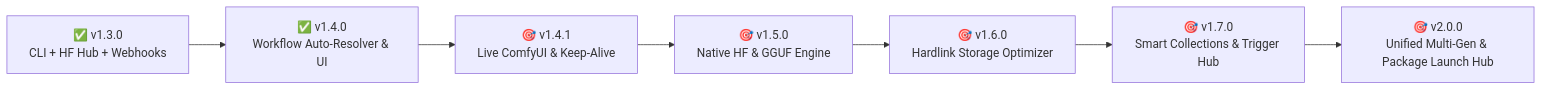
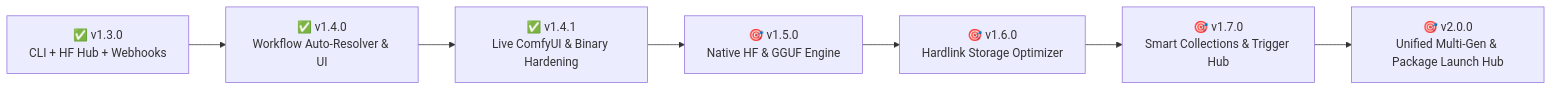
One commit to DevNullInc/Civitai-manager-ComfyUI changed the diagram in ROADMAP.md. Above: the diagram before and after it, drawn with Mermaid. The commit also changed other lines of this file and 16 other files, not shown here.

````diff
--- a/ROADMAP.md
+++ b/ROADMAP.md
@@ -9,9 +9,9 @@
 ```mermaid
 graph LR
     v13["✅ v1.3.0<br/>CLI + HF Hub + Webhooks"] --> v14["✅ v1.4.0<br/>Workflow Auto-Resolver & UI"]
-    v14 --> v141["🎯 v1.4.1<br/>Live ComfyUI & Keep-Alive"]
+    v14 --> v141["✅ v1.4.1<br/>Live ComfyUI & Binary Hardening"]
     v141 --> v15["🎯 v1.5.0<br/>Native HF & GGUF Engine"]
     v15 --> v16["🎯 v1.6.0<br/>Hardlink Storage Optimizer"]
     v16 --> v17["🎯 v1.7.0<br/>Smart Collections & Trigger Hub"]
     v17 --> v20["🎯 v2.0.0<br/>Unified Multi-Gen & Package Launch Hub"]
 ```
````
